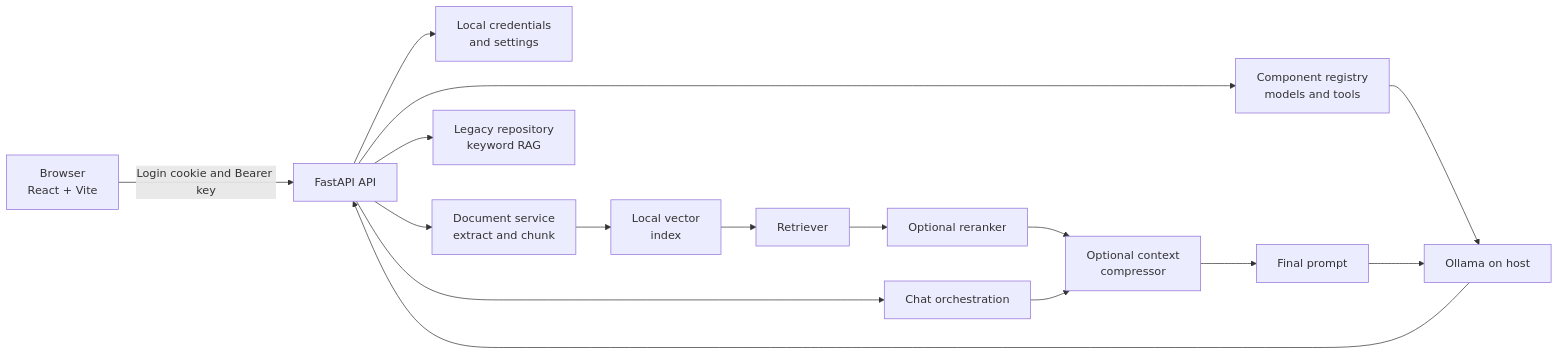
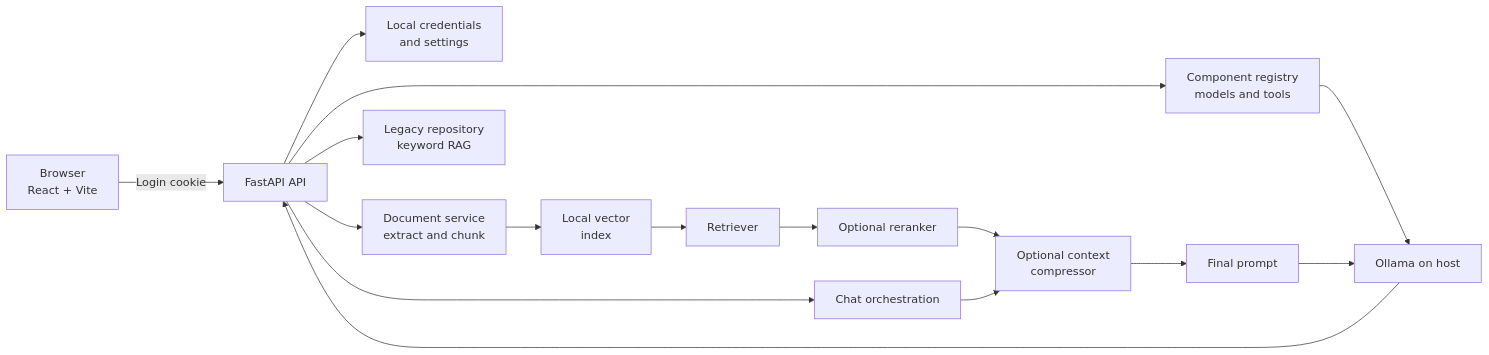
Before and after one commit to Jn527fd/local-ai-coding-assistant: the diagram in README.md, drawn with Mermaid. The commit also changed other lines of this file and 14 other files, not shown here.

````diff
--- a/README.md
+++ b/README.md
@@ -181,18 +183,18 @@
 ```mermaid
 flowchart LR
-    Browser["Browser<br/>React + Vite"] -->|"Login cookie and Bearer key"| API["FastAPI API"]
+    Browser["Browser<br/>React + Vite"] -->|"Login cookie"| API["FastAPI API"]
     API --> Auth["Local credentials<br/>and settings"]
     API --> Components["Component registry<br/>models and tools"]
     API --> Chat["Chat orchestration"]
     API --> Documents["Document service<br/>extract and chunk"]
     Documents --> VectorIndex["Local vector<br/>index"]
     VectorIndex --> Retriever["Retriever"]
     Retriever --> Reranker["Optional reranker"]
     Reranker --> Compressor["Optional context<br/>compressor"]
     Chat --> Compressor
     Compressor --> Prompt["Final prompt"]
     Components --> Ollama["Ollama on host"]
     Prompt --> Ollama
     API --> RepoIndexer["Legacy repository<br/>keyword RAG"]
     Ollama --> API
 ```
````
